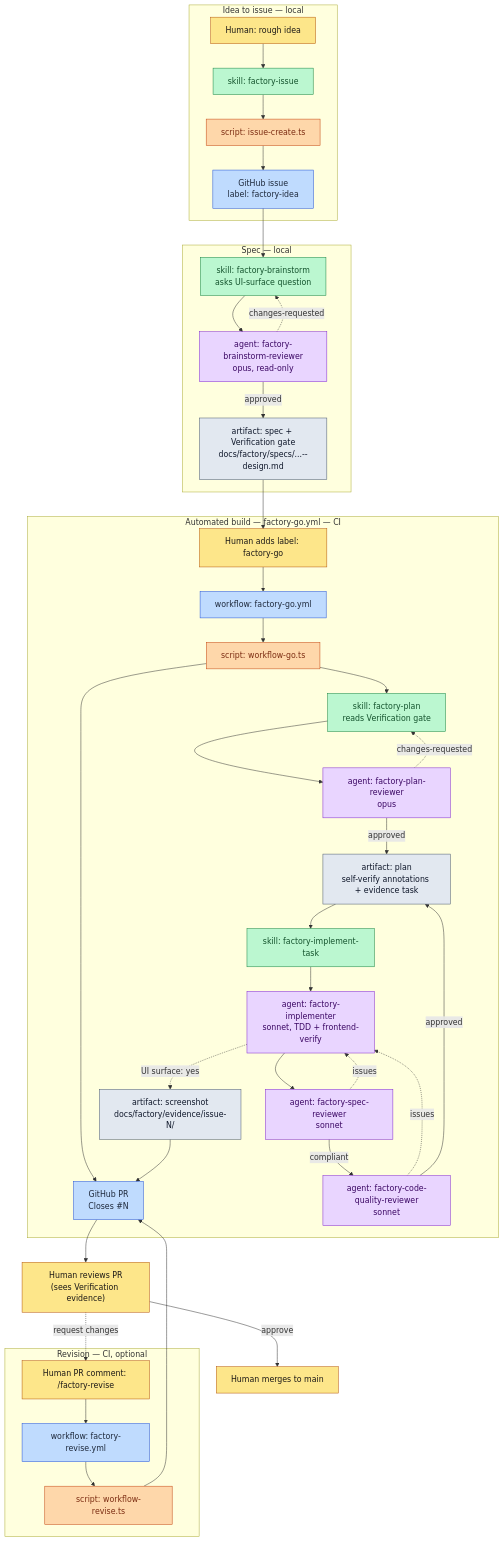
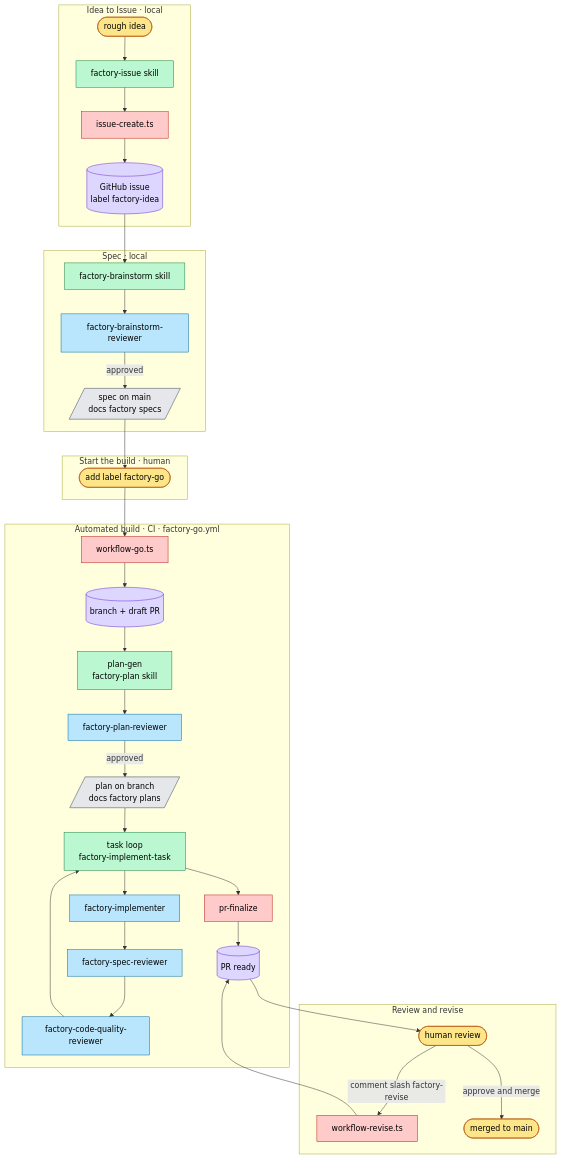
Before and after one commit to jost-kuenzel/claude-workshop: the first of 2 diagrams in docs/factory/factory-process-guide.md, drawn with Mermaid. The commit also changed other lines of this file and 30 other files, not shown here.

````diff
--- a/docs/factory/factory-process-guide.md
+++ b/docs/factory/factory-process-guide.md
@@ -45,65 +28,47 @@
 ```mermaid
 flowchart TD
-    classDef human fill:#fde68a,stroke:#b45309,color:#1c1917
-    classDef gh fill:#bfdbfe,stroke:#1d4ed8,color:#1e293b
-    classDef skill fill:#bbf7d0,stroke:#15803d,color:#14532d
-    classDef agent fill:#e9d5ff,stroke:#7e22ce,color:#3b0764
-    classDef script fill:#fed7aa,stroke:#c2410c,color:#7c2d12
-    classDef artifact fill:#e2e8f0,stroke:#475569,color:#0f172a
+  subgraph S1[Idea to Issue · local]
+    idea([rough idea]):::human --> iskill[factory-issue skill]:::skill
+    iskill --> icreate[issue-create.ts]:::script
+    icreate --> issue[(GitHub issue<br/>label factory-idea)]:::gh
+  end
 
-    subgraph IDEA["Idea to issue — local"]
-        H1["Human: rough idea"]:::human
-        SK_ISSUE["skill: factory-issue"]:::skill
-        SC_ISSUE["script: issue-create.ts"]:::script
-        ISSUE["GitHub issue<br/>label: factory-idea"]:::gh
-        H1 --> SK_ISSUE --> SC_ISSUE --> ISSUE
-    end
+  subgraph S2[Spec · local]
+    issue --> bskill[factory-brainstorm skill]:::skill
+    bskill --> brev[factory-brainstorm-reviewer]:::agent
+    brev -->|approved| spec[/spec on main<br/>docs factory specs/]:::artifact
+  end
 
-    subgraph SPEC["Spec — local"]
-        SK_BS["skill: factory-brainstorm<br/>asks UI-surface question"]:::skill
-        AG_BSR["agent: factory-brainstorm-reviewer<br/>opus, read-only"]:::agent
-        SPECF["artifact: spec + Verification gate<br/>docs/factory/specs/...--design.md"]:::artifact
-        ISSUE --> SK_BS --> AG_BSR
-        AG_BSR -->|approved| SPECF
-        AG_BSR -.->|changes-requested| SK_BS
-    end
+  subgraph S3[Start the build · human]
+    spec --> label([add label factory-go]):::human
+  end
 
-    LABEL["Human adds label: factory-go"]:::human
-    SPECF --> LABEL
+  subgraph S4[Automated build · CI · factory-go.yml]
+    label --> wgo[workflow-go.ts]:::script
+    wgo --> seed[(branch + draft PR)]:::gh
+    seed --> plan[plan-gen<br/>factory-plan skill]:::skill
+    plan --> prev[factory-plan-reviewer]:::agent
+    prev -->|approved| planfile[/plan on branch<br/>docs factory plans/]:::artifact
+    planfile --> loop[task loop<br/>factory-implement-task]:::skill
+    loop --> impl[factory-implementer]:::agent
+    impl --> srev[factory-spec-reviewer]:::agent
+    srev --> qrev[factory-code-quality-reviewer]:::agent
+    qrev --> loop
+    loop --> finalize[pr-finalize]:::script
+    finalize --> pr[(PR ready)]:::gh
+  end
 
-    subgraph CI["Automated build — factory-go.yml — CI"]
-        WF["workflow: factory-go.yml"]:::gh
-        ORCH["script: workflow-go.ts"]:::script
-        PR["GitHub PR<br/>Closes #N"]:::gh
-        SK_PLAN["skill: factory-plan<br/>reads Verification gate"]:::skill
-        AG_PLANR["agent: factory-plan-reviewer<br/>opus"]:::agent
-        PLAN["artifact: plan<br/>self-verify annotations + evidence task"]:::artifact
-        SK_TASK["skill: factory-implement-task"]:::skill
-        AG_IMPL["agent: factory-implementer<br/>sonnet, TDD + frontend-verify"]:::agent
-        AG_SPECR["agent: factory-spec-reviewer<br/>sonnet"]:::agent
-        AG_QUAL["agent: factory-code-quality-reviewer<br/>sonnet"]:::agent
-        EVID["artifact: screenshot<br/>docs/factory/evidence/issue-N/"]:::artifact
-        LABEL --> WF --> ORCH --> PR
-        ORCH --> SK_PLAN --> AG_PLANR
-        AG_PLANR -->|approved| PLAN
-        AG_PLANR -.->|changes-requested| SK_PLAN
-        PLAN --> SK_TASK --> AG_IMPL --> AG_SPECR
-        AG_SPECR -.->|issues| AG_IMPL
-        AG_SPECR -->|compliant| AG_QUAL
-        AG_QUAL -.->|issues| AG_IMPL
-        AG_QUAL -->|approved| PLAN
-        AG_IMPL -.->|UI surface: yes| EVID
-        EVID --> PR
-    end
+  subgraph S5[Review and revise]
+    pr --> review([human review]):::human
+    review -->|comment slash factory-revise| wrev[workflow-revise.ts]:::script
+    wrev --> pr
+    review -->|approve and merge| merged([merged to main]):::human
+  end
 
-    subgraph REV["Revision — CI, optional"]
-        CMT["Human PR comment: /factory-revise"]:::human
-        WF_REV["workflow: factory-revise.yml"]:::gh
-        ORCH_REV["script: workflow-revise.ts"]:::script
-        CMT --> WF_REV --> ORCH_REV --> PR
-    end
-
-    PR --> REVIEW["Human reviews PR<br/>(sees Verification evidence)"]:::human
-    REVIEW -.->|request changes| CMT
-    REVIEW -->|approve| MERGE["Human merges to main"]:::human
+  classDef human fill:#fde68a,stroke:#b45309,color:#000
+  classDef gh fill:#ddd6fe,stroke:#6d28d9,color:#000
+  classDef skill fill:#bbf7d0,stroke:#15803d,color:#000
+  classDef agent fill:#bae6fd,stroke:#0369a1,color:#000
+  classDef script fill:#fecaca,stroke:#b91c1c,color:#000
+  classDef artifact fill:#e5e7eb,stroke:#374151,color:#000
 ```
````
